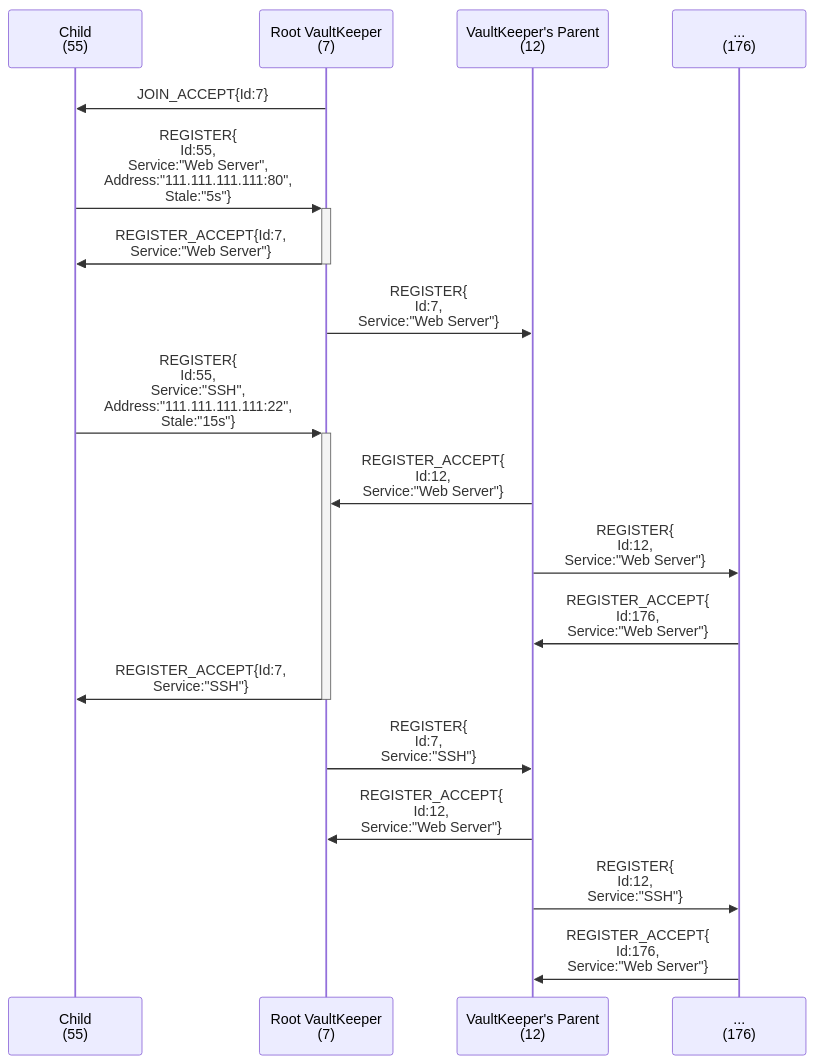
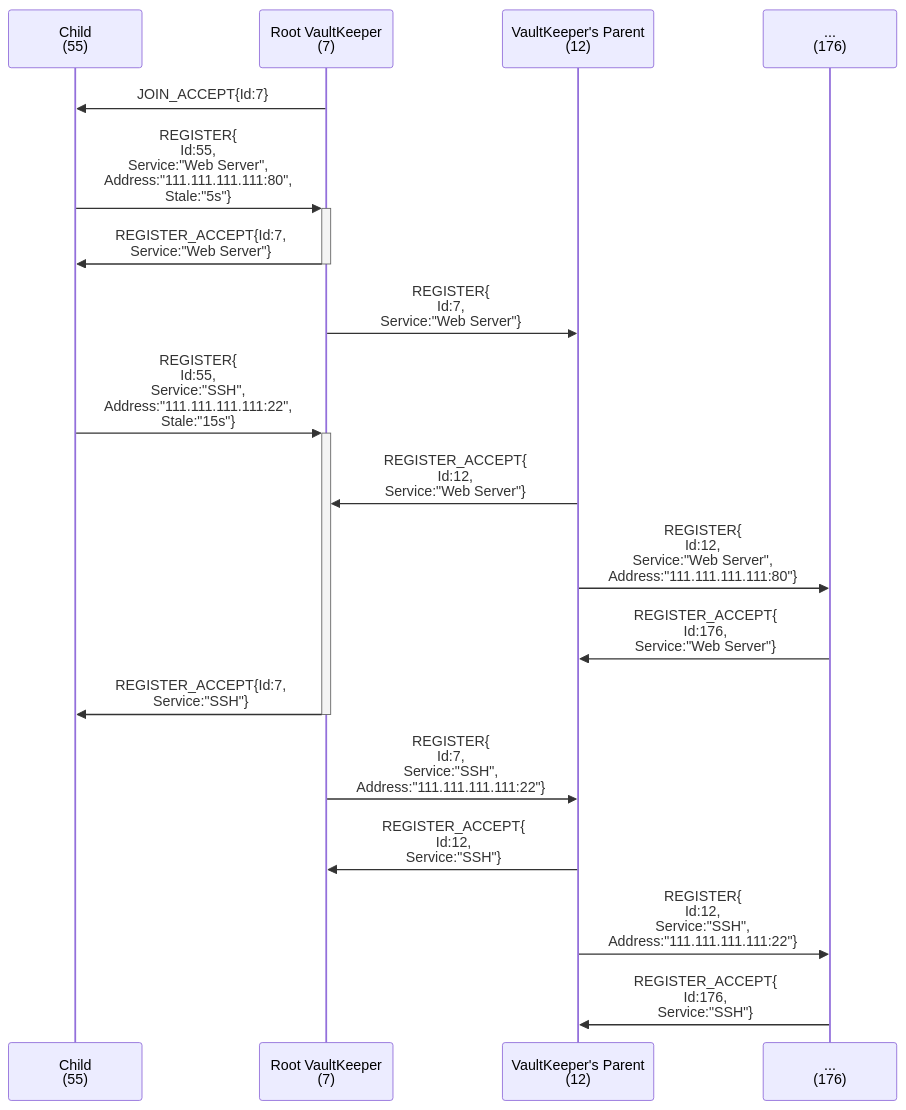
Before and after one commit to rflandau/Orv: the third of 4 diagrams in README.md, drawn with Mermaid. The commit also changed other lines of this file, not shown here.

````diff
--- a/README.md
+++ b/README.md
@@ -146,20 +158,20 @@
 ```mermaid
 sequenceDiagram
     participant C as Child<br>(55)
     participant VK as Root VaultKeeper<br>(7)
     participant P as VaultKeeper's Parent<br>(12)
     participant GP as ...<br>(176)
     VK->>C: JOIN_ACCEPT{Id:7}
     C->>+VK: REGISTER{<br>Id:55,<br>Service:"Web Server",<br>Address:"111.111.111.111:80",<br>Stale:"5s"}
     VK->>-C: REGISTER_ACCEPT{Id:7,<br>Service:"Web Server"}
     VK->>P: REGISTER{<br>Id:7,<br>Service:"Web Server"}
     C->>+VK: REGISTER{<br>Id:55,<br>Service:"SSH",<br>Address:"111.111.111.111:22",<br>Stale:"15s"}
     P->>VK: REGISTER_ACCEPT{<br>Id:12,<br>Service:"Web Server"}
-    P->>GP: REGISTER{<br>Id:12,<br>Service:"Web Server"}
+    P->>GP: REGISTER{<br>Id:12,<br>Service:"Web Server",<br>Address:"111.111.111.111:80"}
     GP->>P: REGISTER_ACCEPT{<br>Id:176,<br>Service:"Web Server"}
     VK->>-C: REGISTER_ACCEPT{Id:7,<br>Service:"SSH"}
-    VK->>P: REGISTER{<br>Id:7,<br>Service:"SSH"}
-    P->>VK: REGISTER_ACCEPT{<br>Id:12,<br>Service:"Web Server"}
-    P->>GP: REGISTER{<br>Id:12,<br>Service:"SSH"}
-    GP->>P: REGISTER_ACCEPT{<br>Id:176,<br>Service:"Web Server"}
+    VK->>P: REGISTER{<br>Id:7,<br>Service:"SSH",<br>Address:"111.111.111.111:22"}
+    P->>VK: REGISTER_ACCEPT{<br>Id:12,<br>Service:"SSH"}
+    P->>GP: REGISTER{<br>Id:12,<br>Service:"SSH",<br>Address:"111.111.111.111:22"}
+    GP->>P: REGISTER_ACCEPT{<br>Id:176,<br>Service:"SSH"}
 ```
````
